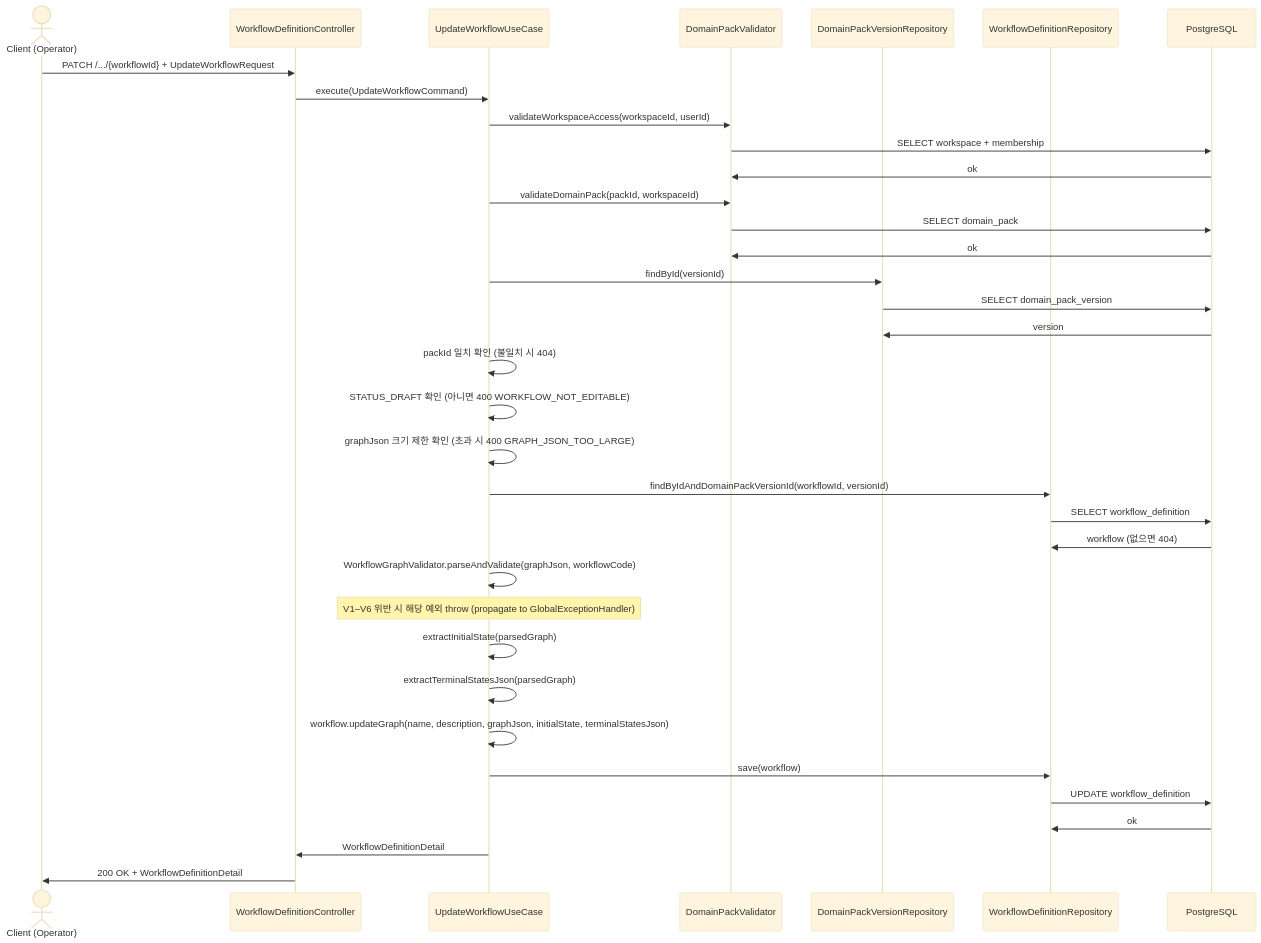
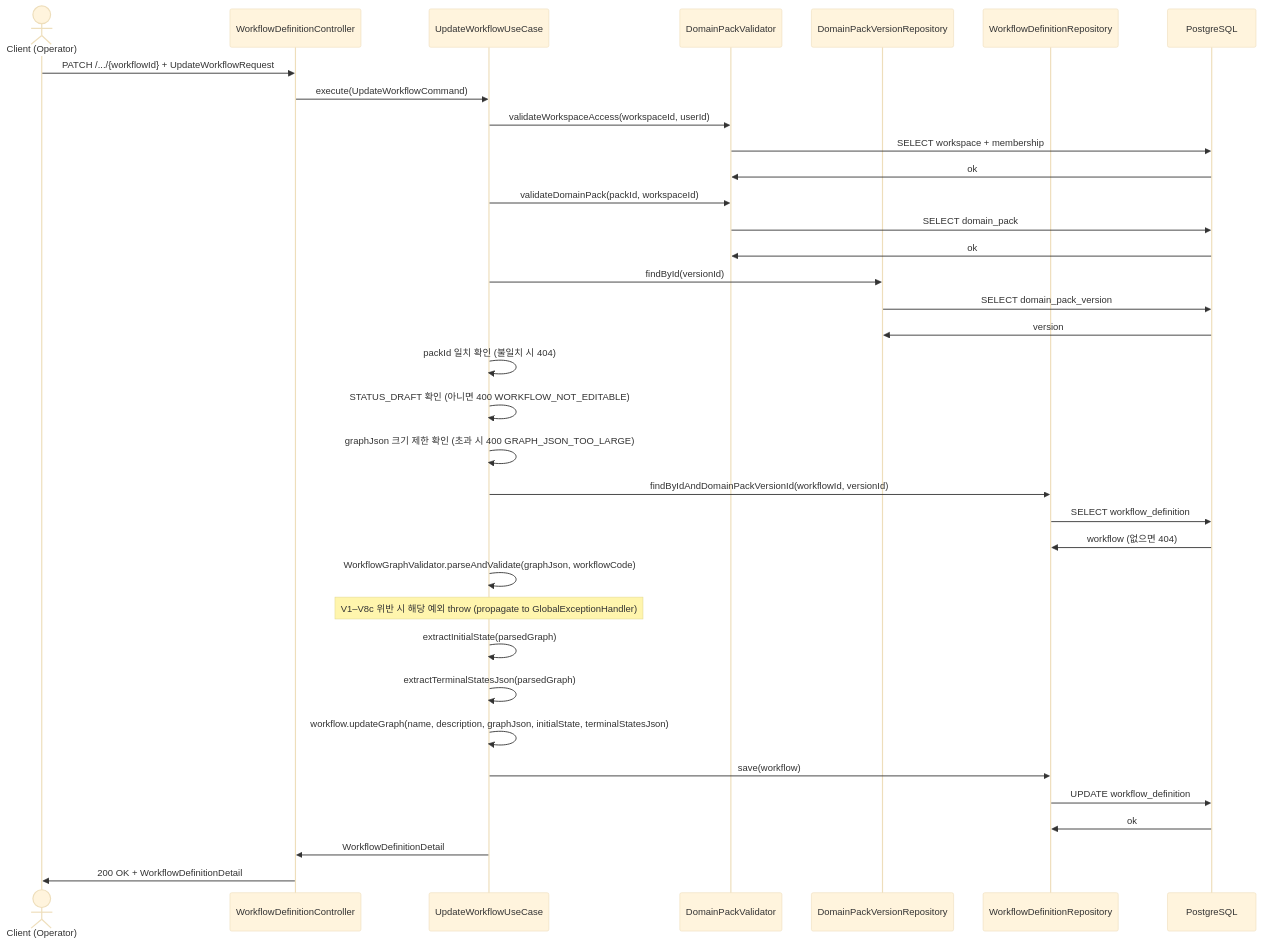
Before and after one commit to ajou-2026-1-capstone-5/ostone: the first of 2 diagrams in .agent/specs/329.md, drawn with Mermaid (base theme). The commit also changed other lines of this file and 1 other file, not shown here.

````diff
--- a/.agent/specs/329.md
+++ b/.agent/specs/329.md
@@ -29,46 +29,46 @@
 ```mermaid
 sequenceDiagram
     actor c as Client (Operator)
     participant ctrl as WorkflowDefinitionController
     participant uc as UpdateWorkflowUseCase
     participant val as DomainPackValidator
     participant vr as DomainPackVersionRepository
     participant wr as WorkflowDefinitionRepository
     participant db as PostgreSQL
 
     c ->> ctrl: PATCH /.../{workflowId} + UpdateWorkflowRequest
     ctrl ->> uc: execute(UpdateWorkflowCommand)
 
     uc ->> val: validateWorkspaceAccess(workspaceId, userId)
     val ->> db: SELECT workspace + membership
     db ->> val: ok
 
     uc ->> val: validateDomainPack(packId, workspaceId)
     val ->> db: SELECT domain_pack
     db ->> val: ok
 
     uc ->> vr: findById(versionId)
     vr ->> db: SELECT domain_pack_version
     db ->> vr: version
     uc ->> uc: packId 일치 확인 (불일치 시 404)
     uc ->> uc: STATUS_DRAFT 확인 (아니면 400 WORKFLOW_NOT_EDITABLE)
 
     uc ->> uc: graphJson 크기 제한 확인 (초과 시 400 GRAPH_JSON_TOO_LARGE)
 
     uc ->> wr: findByIdAndDomainPackVersionId(workflowId, versionId)
     wr ->> db: SELECT workflow_definition
     db ->> wr: workflow (없으면 404)
 
     uc ->> uc: WorkflowGraphValidator.parseAndValidate(graphJson, workflowCode)
-    note over uc: V1–V6 위반 시 해당 예외 throw (propagate to GlobalExceptionHandler)
+    note over uc: V1–V8c 위반 시 해당 예외 throw (propagate to GlobalExceptionHandler)
     uc ->> uc: extractInitialState(parsedGraph)
     uc ->> uc: extractTerminalStatesJson(parsedGraph)
 
     uc ->> uc: workflow.updateGraph(name, description, graphJson, initialState, terminalStatesJson)
     uc ->> wr: save(workflow)
     wr ->> db: UPDATE workflow_definition
     db ->> wr: ok
 
     uc ->> ctrl: WorkflowDefinitionDetail
     ctrl ->> c: 200 OK + WorkflowDefinitionDetail
 ```
````
